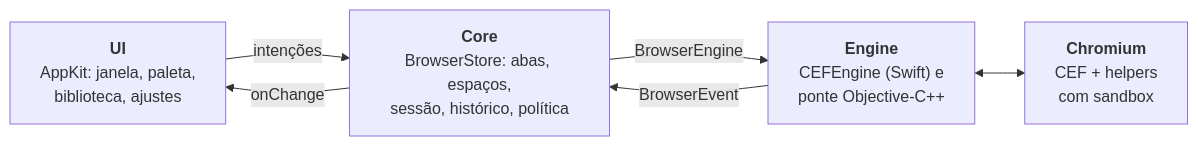
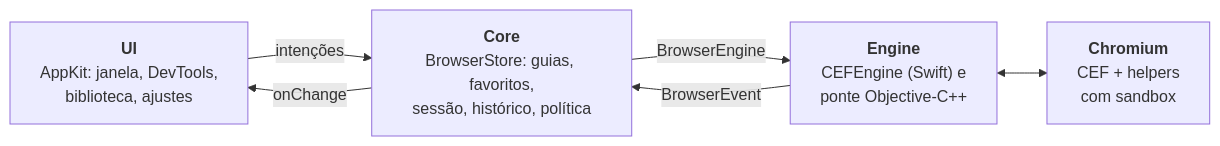
Before and after one commit to victorbenazzi/lume-browser: the diagram in README.md, drawn with Mermaid. The commit also changed other lines of this file and 24 other files, not shown here.

First line of the commit message:
feat: nova guia com barra central, páginas do Lume em guias e favoritos na barra lateral

````diff
--- a/README.md
+++ b/README.md
@@ -120,12 +120,12 @@
 ```mermaid
 flowchart LR
-    UI["<b>UI</b><br/>AppKit: janela, paleta,<br/>biblioteca, ajustes"]
-    Core["<b>Core</b><br/>BrowserStore: abas, espaços,<br/>sessão, histórico, política"]
+    UI["<b>UI</b><br/>AppKit: janela, DevTools,<br/>biblioteca, ajustes"]
+    Core["<b>Core</b><br/>BrowserStore: guias, favoritos,<br/>sessão, histórico, política"]
     Engine["<b>Engine</b><br/>CEFEngine (Swift) e<br/>ponte Objective-C++"]
     CEF["<b>Chromium</b><br/>CEF + helpers<br/>com sandbox"]
     UI -- "intenções" --> Core
     Core -- "onChange" --> UI
     Core -- "BrowserEngine" --> Engine
     Engine -- "BrowserEvent" --> Core
     Engine <--> CEF
 ```
````
